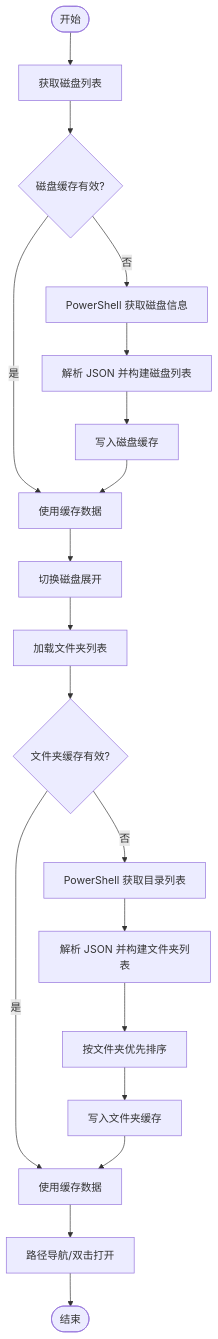
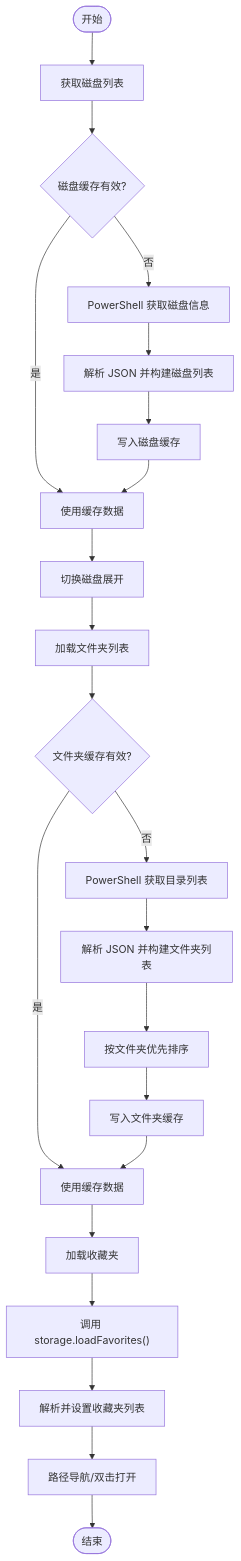
One commit to 851039536/siyuanPluginVueSN changed the fourth of 7 diagrams in .qoder/repowiki/zh/content/功能模块详解/磁盘浏览器.md. Above: the diagram before and after it, drawn with Mermaid. The commit also changed other lines of this file and 9 other files, not shown here.

````diff
--- a/.qoder/repowiki/zh/content/功能模块详解/磁盘浏览器.md
+++ b/.qoder/repowiki/zh/content/功能模块详解/磁盘浏览器.md
@@ -179,21 +218,24 @@
 ```mermaid
 flowchart TD
 Start(["开始"]) --> FetchDisks["获取磁盘列表"]
 FetchDisks --> HasCache{"磁盘缓存有效?"}
 HasCache --> |是| UseCache["使用缓存数据"]
 HasCache --> |否| ExecPS["PowerShell 获取磁盘信息"]
 ExecPS --> Parse["解析 JSON 并构建磁盘列表"]
 Parse --> SaveDiskCache["写入磁盘缓存"]
 SaveDiskCache --> UseCache
 UseCache --> ToggleDisk["切换磁盘展开"]
 ToggleDisk --> LoadFolders["加载文件夹列表"]
 LoadFolders --> HasFolderCache{"文件夹缓存有效?"}
 HasFolderCache --> |是| UseFolderCache["使用缓存数据"]
 HasFolderCache --> |否| ExecPSFolders["PowerShell 获取目录列表"]
 ExecPSFolders --> ParseFolders["解析 JSON 并构建文件夹列表"]
 ParseFolders --> Sort["按文件夹优先排序"]
 Sort --> SaveFolderCache["写入文件夹缓存"]
 SaveFolderCache --> UseFolderCache
-UseFolderCache --> Navigate["路径导航/双击打开"]
+UseFolderCache --> LoadFavorites["加载收藏夹"]
+LoadFavorites --> ExecStorage["调用 storage.loadFavorites()"]
+ExecStorage --> ParseFavorites["解析并设置收藏夹列表"]
+ParseFavorites --> Navigate["路径导航/双击打开"]
 Navigate --> End(["结束"])
 ```
````
